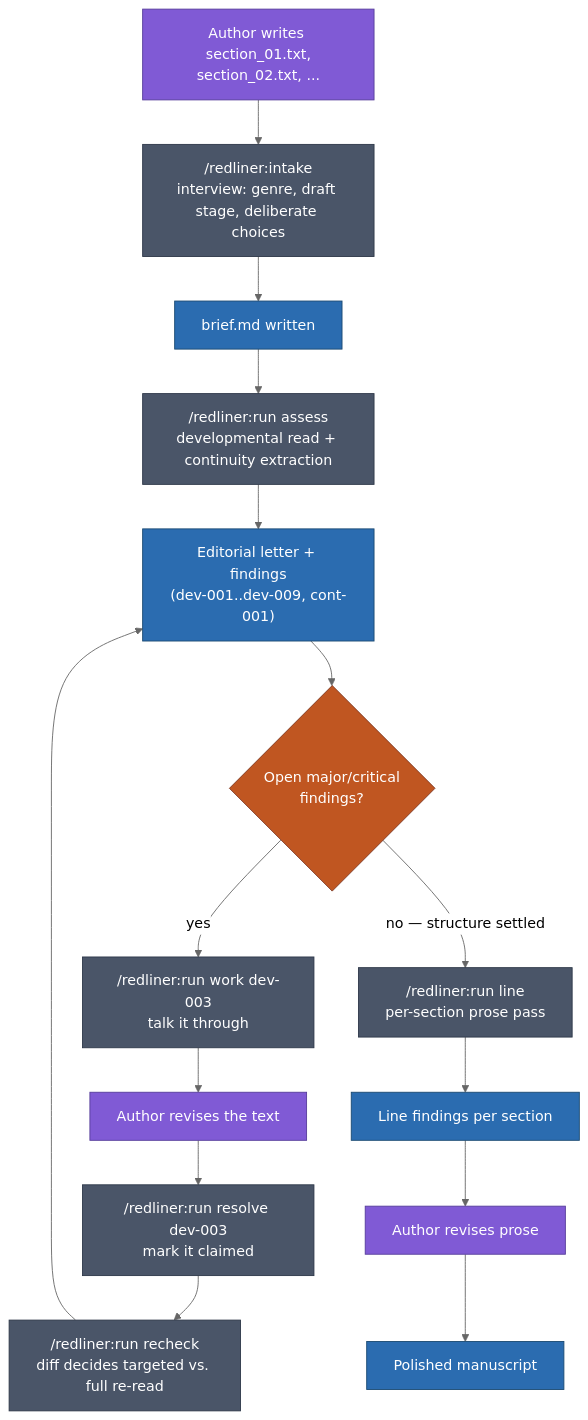
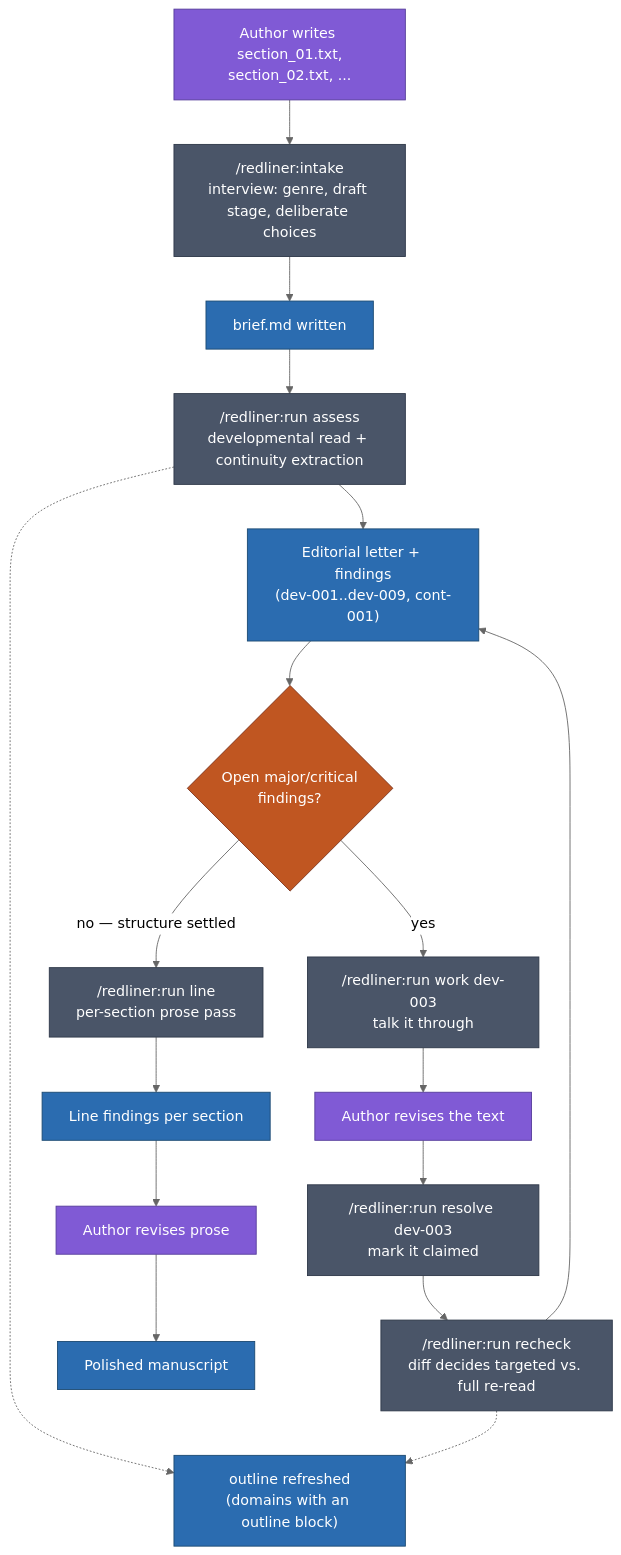
The diagram in README.md (tcotav/redliner), drawn with Mermaid (neutral theme) before and after one commit. The commit also changed other lines of this file and 32 other files, not shown here.

````diff
--- a/README.md
+++ b/README.md
@@ -157,27 +166,30 @@
 ```mermaid
 flowchart TD
     A["Author writes section_01.txt,<br/>section_02.txt, ..."] --> B["/redliner:intake<br/>interview: genre, draft stage, deliberate choices"]
     B --> C["brief.md written"]
     C --> D["/redliner:run assess<br/>developmental read + continuity extraction"]
+    D -.-> O["outline refreshed<br/>(domains with an outline block)"]
     D --> E["Editorial letter + findings<br/>(dev-001..dev-009, cont-001)"]
     E --> F{"Open major/critical<br/>findings?"}
     F -->|yes| G["/redliner:run work dev-003<br/>talk it through"]
     G --> H["Author revises the text"]
     H --> I["/redliner:run resolve dev-003<br/>mark it claimed"]
     I --> J["/redliner:run recheck<br/>diff decides targeted vs. full re-read"]
+    J -.-> O
     J --> E
     F -->|"no — structure settled"| K["/redliner:run line<br/>per-section prose pass"]
     K --> L["Line findings per section"]
     L --> M["Author revises prose"]
     M --> N["Polished manuscript"]
 
     classDef command fill:#4a5568,stroke:#2d3748,color:#fff
     classDef artifact fill:#2b6cb0,stroke:#1a4971,color:#fff
     classDef human fill:#805ad5,stroke:#553c9a,color:#fff
     classDef gate fill:#c05621,stroke:#7b341e,color:#fff
 
     class B,D,G,I,J,K command
     class C,E,L,N artifact
     class A,H,M human
     class F gate
+    class O artifact
 ```
````
